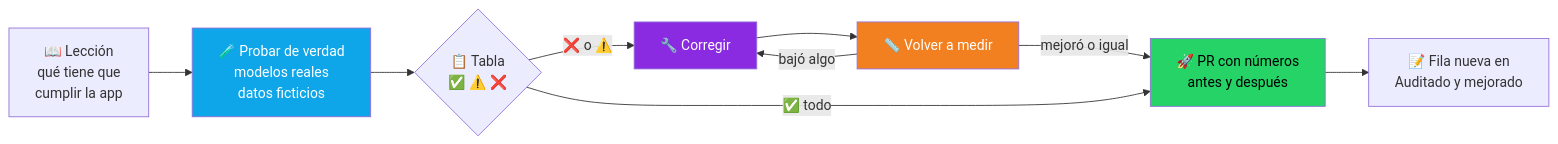
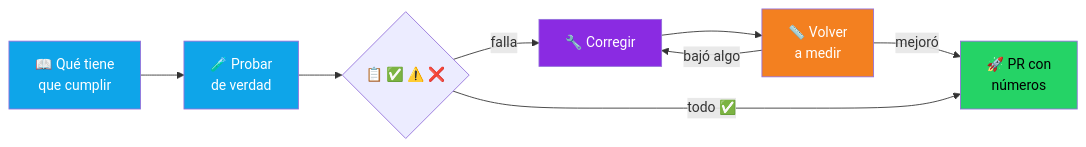
One commit to grancobud/arm-whatsapp changed the second of 4 diagrams in PUESTA-AL-DIA.md. Above: the diagram before and after it, drawn with Mermaid. The commit also changed other lines of this file, not shown here.

Commit message:
docs: diagramas de la puesta al día más legibles

````diff
--- a/PUESTA-AL-DIA.md
+++ b/PUESTA-AL-DIA.md
@@ -78,16 +82,14 @@
 ```mermaid
 flowchart LR
-    L[📖 Lección<br/>qué tiene que<br/>cumplir la app] --> P[🧪 Probar de verdad<br/>modelos reales<br/>datos ficticios]
-    P --> T{📋 Tabla<br/>✅ ⚠️ ❌}
-    T -->|❌ o ⚠️| C[🔧 Corregir]
-    C --> M[📏 Volver a medir]
+    L[📖 Qué tiene<br/>que cumplir]:::p --> P[🧪 Probar<br/>de verdad]:::p
+    P --> T{📋 ✅ ⚠️ ❌}
+    T -->|falla| C[🔧 Corregir]:::m
+    C --> M[📏 Volver<br/>a medir]:::o
     M -->|bajó algo| C
-    M -->|mejoró o igual| PR[🚀 PR con números<br/>antes y después]
-    T -->|✅ todo| PR
-    PR --> RM[📝 Fila nueva en<br/>Auditado y mejorado]
-
-    style P fill:#0EA5E9,color:#fff
-    style C fill:#8A2BE2,color:#fff
-    style M fill:#F38020,color:#fff
-    style PR fill:#25D366,color:#000
+    M -->|mejoró| PR[🚀 PR con<br/>números]:::r
+    T -->|todo ✅| PR
+    classDef p fill:#0EA5E9,color:#fff
+    classDef m fill:#8A2BE2,color:#fff
+    classDef o fill:#F38020,color:#fff
+    classDef r fill:#25D366,color:#000
 ```
````
